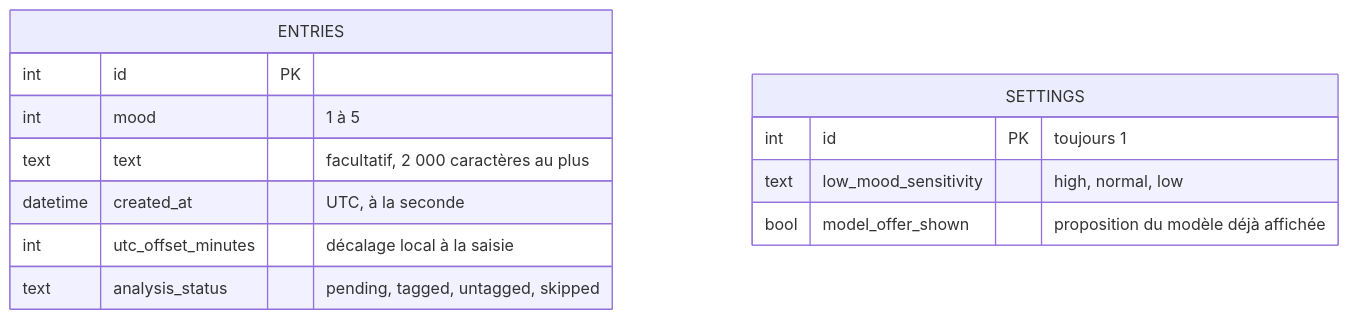
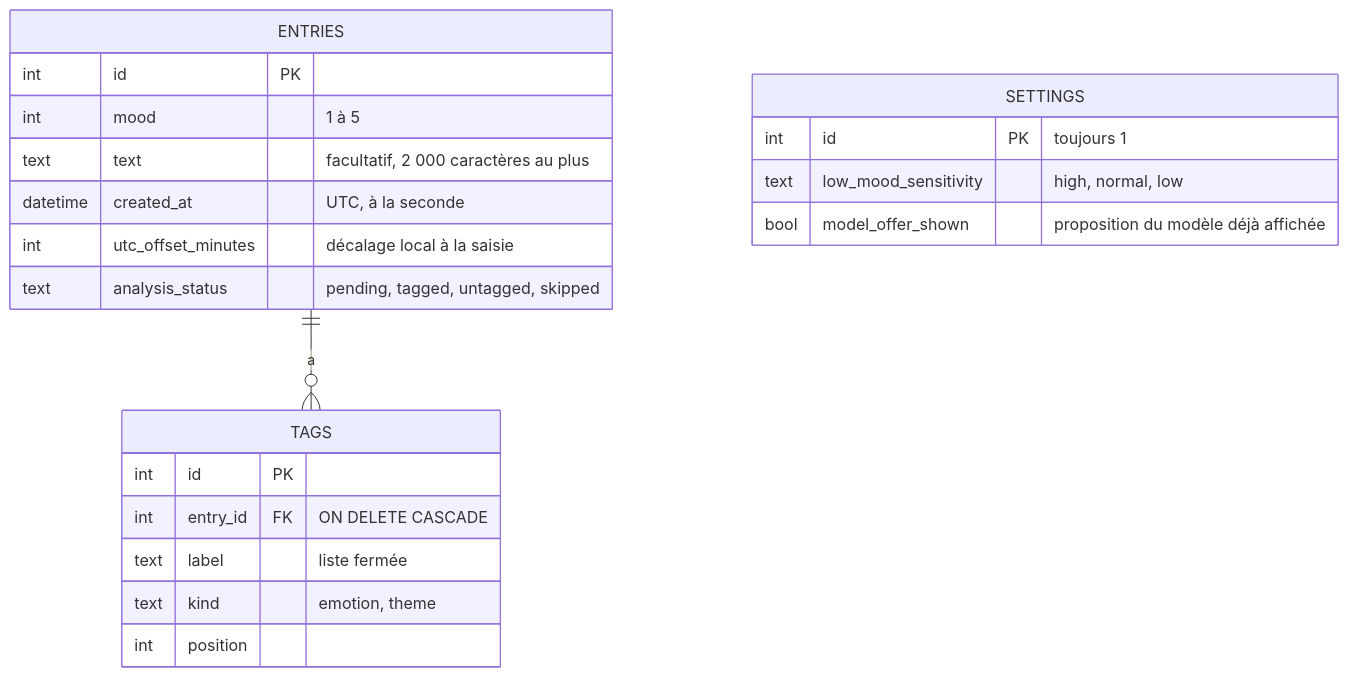
The second of 2 diagrams in docs/architecture-technique.md (yanis-vroland/Tidemark), drawn with Mermaid before and after one commit. The commit also changed other lines of this file and 16 other files, not shown here.

````diff
--- a/docs/architecture-technique.md
+++ b/docs/architecture-technique.md
@@ -34,16 +34,24 @@
 ```mermaid
 erDiagram
   ENTRIES {
     int id PK
     int mood "1 à 5"
     text text "facultatif, 2 000 caractères au plus"
     datetime created_at "UTC, à la seconde"
     int utc_offset_minutes "décalage local à la saisie"
     text analysis_status "pending, tagged, untagged, skipped"
   }
+  TAGS {
+    int id PK
+    int entry_id FK "ON DELETE CASCADE"
+    text label "liste fermée"
+    text kind "emotion, theme"
+    int position
+  }
+  ENTRIES ||--o{ TAGS : "a"
   SETTINGS {
     int id PK "toujours 1"
     text low_mood_sensitivity "high, normal, low"
     bool model_offer_shown "proposition du modèle déjà affichée"
   }
 ```
````
